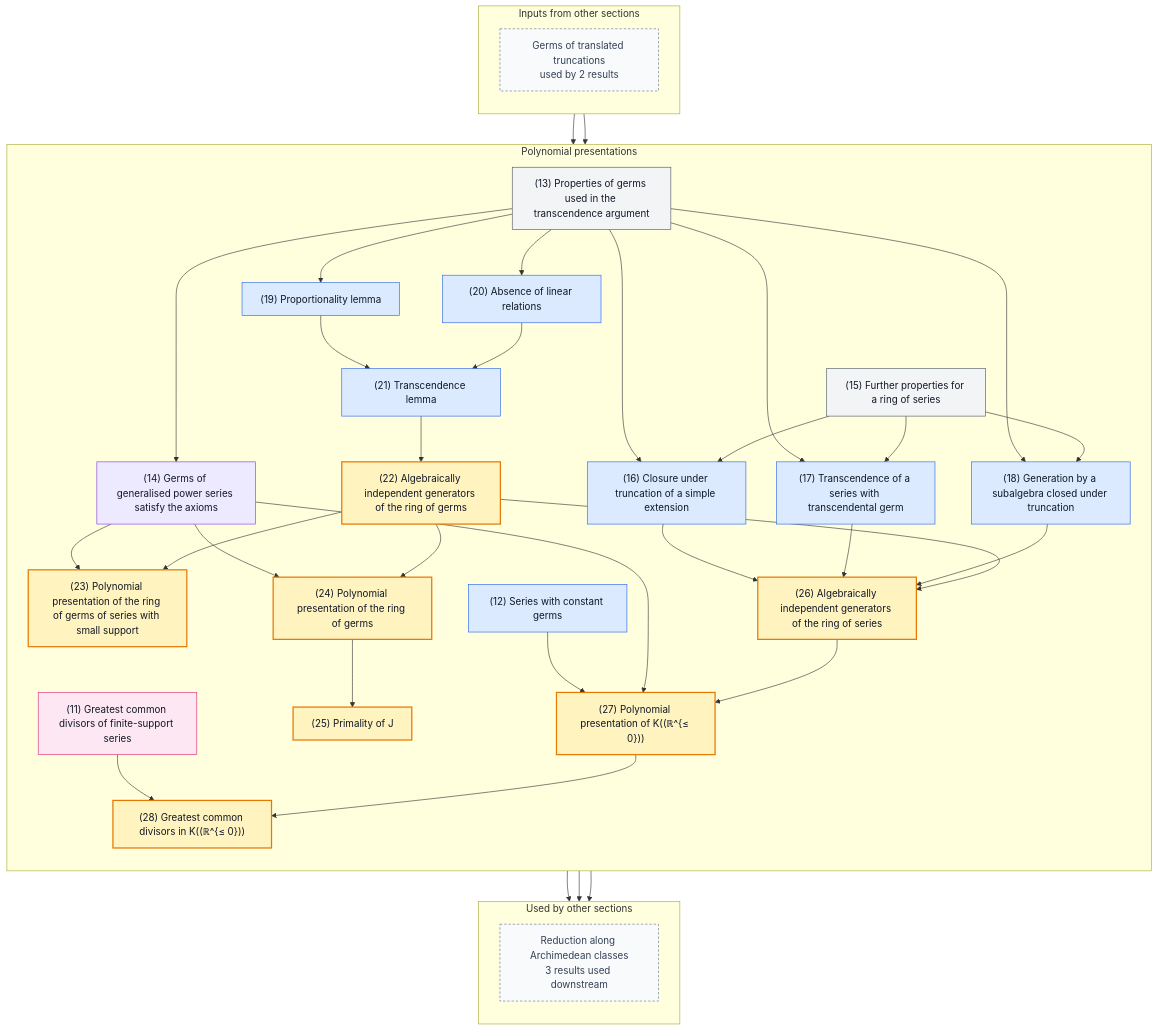
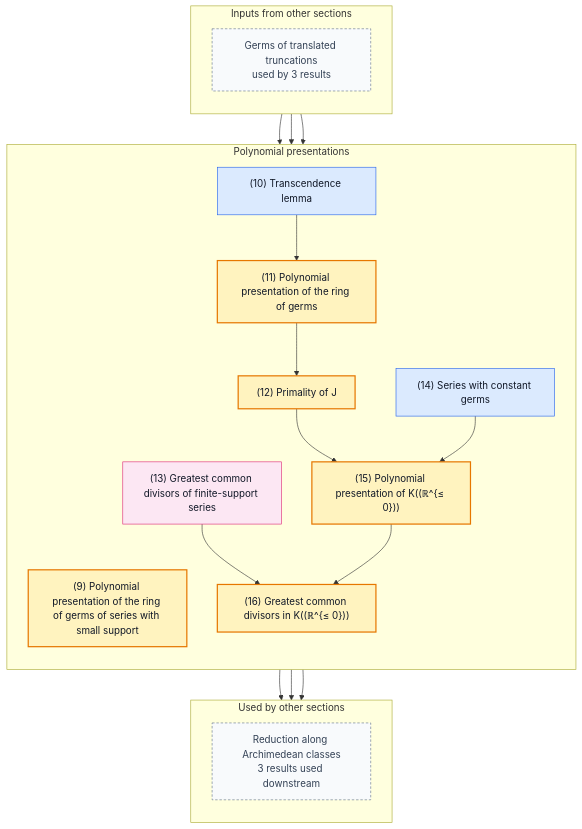
One commit to gaearon/conway-refinement changed the third of 5 diagrams in README.md. Above: the diagram before and after it, drawn with Mermaid. The commit also changed other lines of this file and 20 other files, not shown here.

First line of the commit message:
Present the transcendence argument for power series; move the primality criteria to the reduction

```diff
--- a/README.md
+++ b/README.md
@@ -289,83 +252,44 @@
 flowchart TB
   subgraph inputs["Inputs from other sections"]
     direction TB
-    in0["Germs of translated truncations<br/>used by 2 results"]:::boundary
+    in0["Germs of translated truncations<br/>used by 3 results"]:::boundary
   end
   subgraph current["Polynomial presentations"]
     direction TB
-    n011["(11) Greatest common divisors of finite-support series"]:::fact
-    n012["(12) Series with constant germs"]:::lemma
-    n013["(13) Properties of germs used in the transcendence argument"]:::definition
-    n014["(14) Germs of generalised power series satisfy the axioms"]:::proposition
-    n015["(15) Further properties for a ring of series"]:::definition
-    n016["(16) Closure under truncation of a simple extension"]:::lemma
-    n017["(17) Transcendence of a series with transcendental germ"]:::lemma
-    n018["(18) Generation by a subalgebra closed under truncation"]:::lemma
-    n019["(19) Proportionality lemma"]:::lemma
-    n020["(20) Absence of linear relations"]:::lemma
-    n021["(21) Transcendence lemma"]:::lemma
-    n022["(22) Algebraically independent generators of the ring of germs"]:::theorem
-    n023["(23) Polynomial presentation of the ring of germs of series with small support"]:::theorem
-    n024["(24) Polynomial presentation of the ring of germs"]:::theorem
-    n025["(25) Primality of J"]:::theorem
-    n026["(26) Algebraically independent generators of the ring of series"]:::theorem
-    n027["(27) Polynomial presentation of K((ℝ^{≤ 0}))"]:::theorem
-    n028["(28) Greatest common divisors in K((ℝ^{≤ 0}))"]:::theorem
+    n009["(9) Polynomial presentation of the ring of germs of series with small support"]:::theorem
+    n010["(10) Transcendence lemma"]:::lemma
+    n011["(11) Polynomial presentation of the ring of germs"]:::theorem
+    n012["(12) Primality of J"]:::theorem
+    n013["(13) Greatest common divisors of finite-support series"]:::fact
+    n014["(14) Series with constant germs"]:::lemma
+    n015["(15) Polynomial presentation of K((ℝ^{≤ 0}))"]:::theorem
+    n016["(16) Greatest common divisors in K((ℝ^{≤ 0}))"]:::theorem
   end
   subgraph outputs["Used by other sections"]
     direction TB
     out0["Reduction along Archimedean classes<br/>3 results used downstream"]:::boundary
   end
 
-  n013 --> n014
+  n010 --> n011
+  n011 --> n012
+  n012 --> n015
+  n014 --> n015
   n013 --> n016
   n015 --> n016
-  n013 --> n017
-  n015 --> n017
-  n013 --> n018
-  n015 --> n018
-  n013 --> n019
-  n013 --> n020
-  n019 --> n021
-  n020 --> n021
-  n021 --> n022
-  n014 --> n023
-  n022 --> n023
-  n014 --> n024
-  n022 --> n024
-  n024 --> n025
-  n016 --> n026
-  n017 --> n026
-  n018 --> n026
-  n022 --> n026
-  n012 --> n027
-  n014 --> n027
-  n026 --> n027
-  n011 --> n028
-  n027 --> n028
-  in0 --> n012
+  in0 --> n009
+  in0 --> n010
   in0 --> n014
-  n024 --> out0
-  n028 --> out0
-  n023 --> out0
-  click n011 "https://gaearon.github.io/conway-refinement/#/result/finite-support-hahn-gcd" "Open the statement for fact 11"
-  click n012 "https://gaearon.github.io/conway-refinement/#/result/constant-germs-finite-support" "Open the statement for lemma 12"
-  click n013 "https://gaearon.github.io/conway-refinement/#/result/germ-axioms" "Open the statement for definition 13"
-  click n014 "https://gaearon.github.io/conway-refinement/#/result/hahn-germs-axioms" "Open the statement for proposition 14"
-  click n015 "https://gaearon.github.io/conway-refinement/#/result/series-germ-axioms" "Open the statement for definition 15"
-  click n016 "https://gaearon.github.io/conway-refinement/#/result/truncation-closed-adjunction" "Open the statement for lemma 16"
-  click n017 "https://gaearon.github.io/conway-refinement/#/result/transcendence-of-series" "Open the statement for lemma 17"
-  click n018 "https://gaearon.github.io/conway-refinement/#/result/generation" "Open the statement for lemma 18"
-  click n019 "https://gaearon.github.io/conway-refinement/#/result/proportionality" "Open the statement for lemma 19"
-  click n020 "https://gaearon.github.io/conway-refinement/#/result/no-linear-relations" "Open the statement for lemma 20"
-  click n021 "https://gaearon.github.io/conway-refinement/#/result/transcendence" "Open the statement for lemma 21"
-  click n022 "https://gaearon.github.io/conway-refinement/#/result/germ-ring-generators" "Open the statement for theorem 22"
-  click n023 "https://gaearon.github.io/conway-refinement/#/result/bounded-hahn-germ-polynomial-algebra" "Open the statement for theorem 23"
-  click n024 "https://gaearon.github.io/conway-refinement/#/result/complete-hahn-germ-polynomial-algebra" "Open the statement for theorem 24"
-  click n025 "https://gaearon.github.io/conway-refinement/#/result/bounded-away-ideal-prime" "Open the statement for theorem 25"
-  click n026 "https://gaearon.github.io/conway-refinement/#/result/series-ring-generators" "Open the statement for theorem 26"
-  click n027 "https://gaearon.github.io/conway-refinement/#/result/hahn-series-polynomial-algebra" "Open the statement for theorem 27"
-  click n028 "https://gaearon.github.io/conway-refinement/#/result/hahn-series-gcd-domain" "Open the statement for theorem 28"
+  n011 --> out0
+  n016 --> out0
+  n009 --> out0
+  click n009 "https://gaearon.github.io/conway-refinement/#/result/bounded-hahn-germ-polynomial-algebra" "Open the statement for theorem 9"
+  click n010 "https://gaearon.github.io/conway-refinement/#/result/transcendence" "Open the statement for lemma 10"
+  click n011 "https://gaearon.github.io/conway-refinement/#/result/complete-hahn-germ-polynomial-algebra" "Open the statement for theorem 11"
+  click n012 "https://gaearon.github.io/conway-refinement/#/result/bounded-away-ideal-prime" "Open the statement for theorem 12"
+  click n013 "https://gaearon.github.io/conway-refinement/#/result/finite-support-hahn-gcd" "Open the statement for fact 13"
+  click n014 "https://gaearon.github.io/conway-refinement/#/result/constant-germs-finite-support" "Open the statement for lemma 14"
+  click n015 "https://gaearon.github.io/conway-refinement/#/result/hahn-series-polynomial-algebra" "Open the statement for theorem 15"
+  click n016 "https://gaearon.github.io/conway-refinement/#/result/hahn-series-gcd-domain" "Open the statement for theorem 16"
 
   classDef theorem fill:#fff3bf,stroke:#e67700,stroke-width:2px,color:#111827
   classDef definition fill:#f3f4f6,stroke:#4b5563,color:#111827
```
